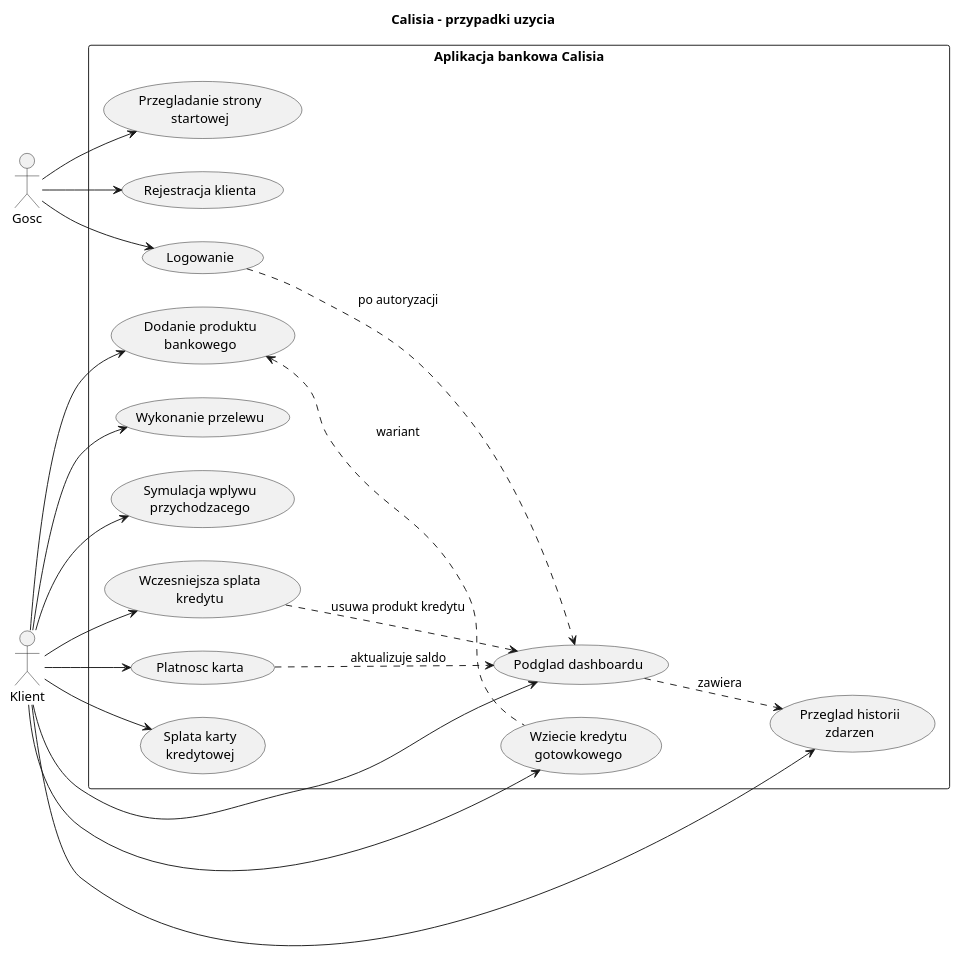
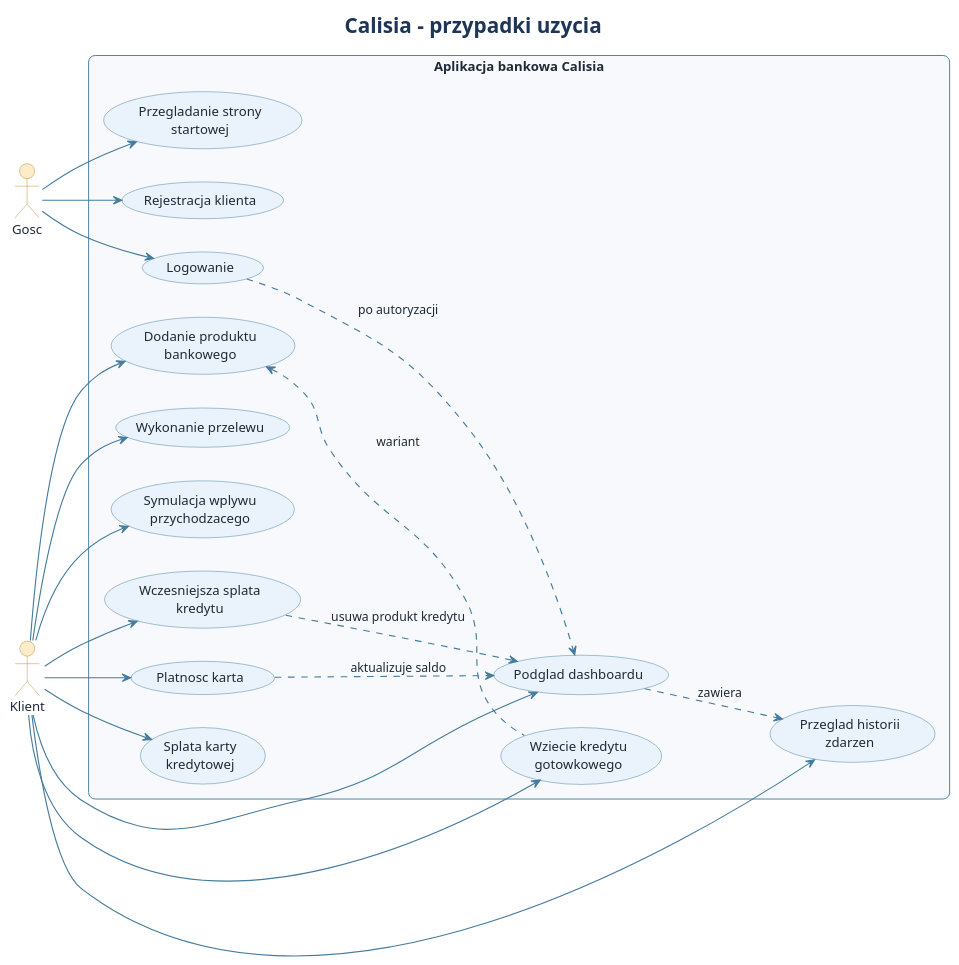
One commit to jwolczko/Application-team-project changed the diagram in docs/uml/02_przypadki_uzycia.puml. Above: the diagram before and after it, drawn with PlantUML. The commit also changed 23 other files, not shown here.

```diff
--- a/docs/uml/02_przypadki_uzycia.puml
+++ b/docs/uml/02_przypadki_uzycia.puml
@@ -1,43 +1,64 @@
 @startuml
 title Calisia - przypadki uzycia
 left to right direction
 skinparam shadowing false
+skinparam backgroundColor #FFFFFF
+skinparam defaultFontName Arial
+skinparam defaultFontColor #1F2937
+skinparam ArrowColor #457B9D
+skinparam ArrowThickness 1.2
+skinparam RoundCorner 14
+skinparam titleFontColor #1D3557
+skinparam titleFontSize 22
+skinparam actor {
+  BackgroundColor #FDECC8
+  BorderColor #C48A2C
+}
+skinparam rectangle {
+  BackgroundColor #F7F9FC
+  BorderColor #457B9D
+}
+skinparam usecase {
+  BackgroundColor #EAF3FB
+  BorderColor #457B9D
+  FontColor #1F2937
+}
 
 actor "Gosc" as Guest
 actor "Klient" as Customer
 
 rectangle "Aplikacja bankowa Calisia" {
   usecase "Przegladanie strony\nstartowej" as UC_Landing
   usecase "Rejestracja klienta" as UC_Register
   usecase "Logowanie" as UC_Login
   usecase "Podglad dashboardu" as UC_Dashboard
   usecase "Dodanie produktu\nbankowego" as UC_AddProduct
   usecase "Wykonanie przelewu" as UC_Transfer
   usecase "Symulacja wplywu\nprzychodzacego" as UC_Incoming
   usecase "Wziecie kredytu\ngotowkowego" as UC_Loan
   usecase "Wczesniejsza splata\nkredytu" as UC_LoanRepay
   usecase "Platnosc karta" as UC_CardPay
   usecase "Splata karty\nkredytowej" as UC_CardRepay
   usecase "Przeglad historii\nzdarzen" as UC_History
 }
 
 Guest --> UC_Landing
 Guest --> UC_Register
 Guest --> UC_Login
 
 Customer --> UC_Dashboard
 Customer --> UC_AddProduct
 Customer --> UC_Transfer
 Customer --> UC_Incoming
 Customer --> UC_Loan
 Customer --> UC_LoanRepay
 Customer --> UC_CardPay
 Customer --> UC_CardRepay
 Customer --> UC_History
 
 UC_Login ..> UC_Dashboard : po autoryzacji
 UC_Dashboard ..> UC_History : zawiera
 UC_AddProduct <.. UC_Loan : wariant
 UC_CardPay ..> UC_Dashboard : aktualizuje saldo
 UC_LoanRepay ..> UC_Dashboard : usuwa produkt kredytu
 @enduml
```
